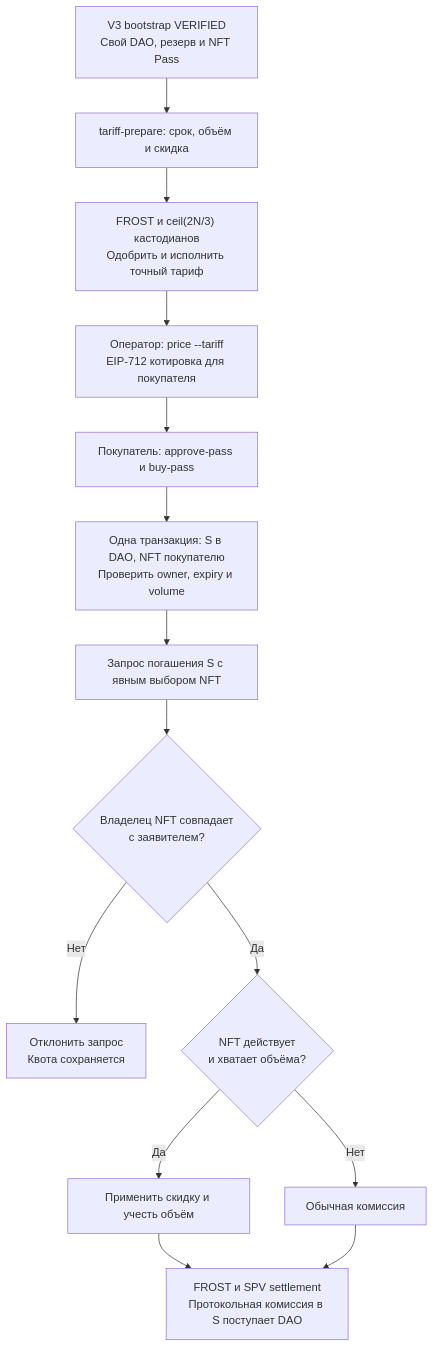
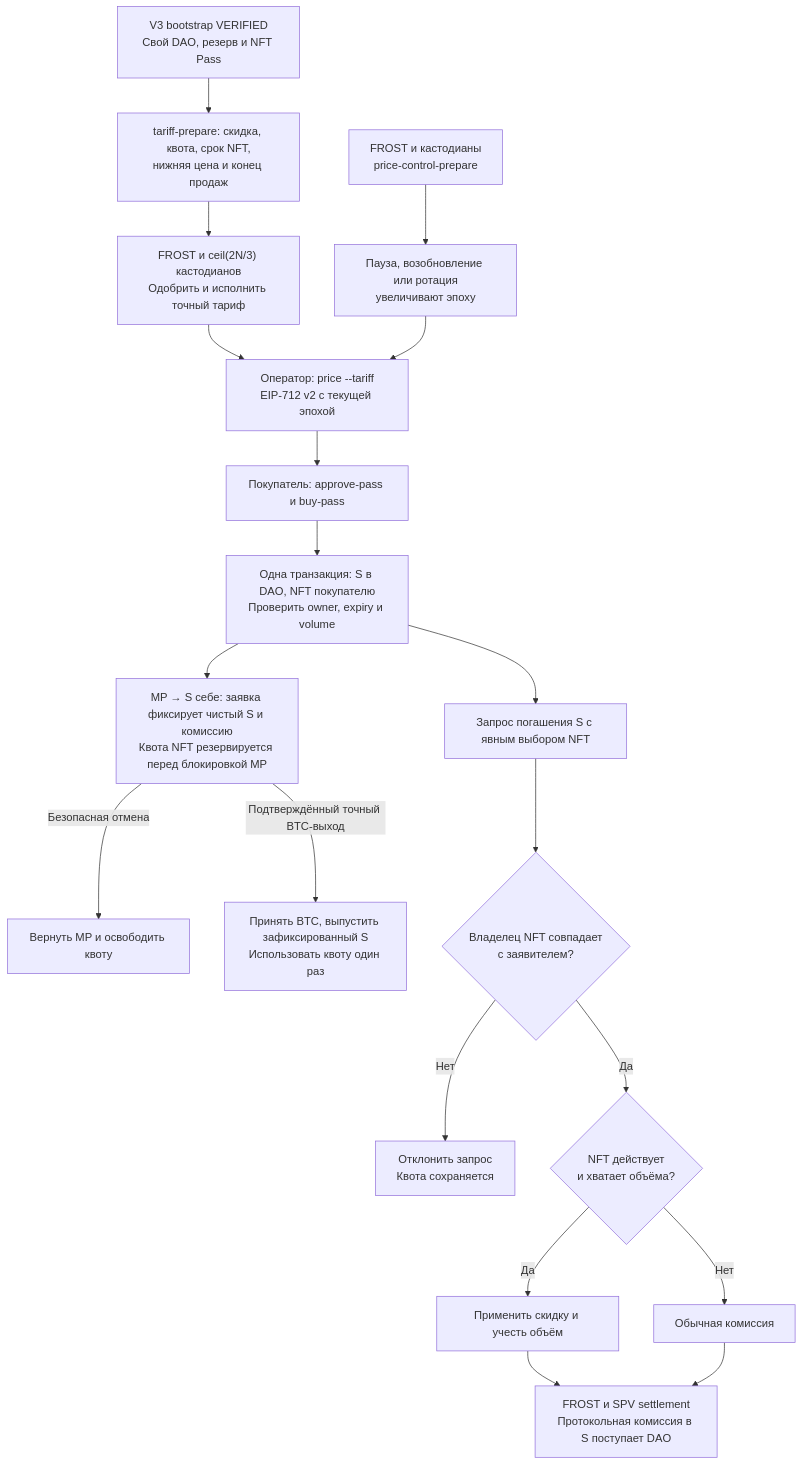
One commit to SergeyBelets/SatFiSetup changed the third of 5 diagrams in docs/CONFEDERATION_DAO_IN_KIND.md. Above: the diagram before and after it, drawn with Mermaid. The commit also changed other lines of this file and 364 other files, not shown here.

````diff
--- a/docs/CONFEDERATION_DAO_IN_KIND.md
+++ b/docs/CONFEDERATION_DAO_IN_KIND.md
@@ -282,18 +373,23 @@
 ```mermaid
 flowchart TD
     accTitle: Покупка NFT и проверка квоты в V3
-    accDescr: Тариф утверждают FROST и кастодианы. Оператор подписывает цену для покупателя, а контракт выдаёт NFT при фактическом зачислении S. При погашении S владелец может использовать свой NFT в пределах его квоты.
-    V["V3 bootstrap VERIFIED<br/>Свой DAO, резерв и NFT Pass"] --> T["tariff-prepare: срок, объём и скидка"]
+    accDescr: После покупки NFT владелец может зарезервировать его квоту для MP → S на свой адрес или использовать его при погашении S. Заявка переноса фиксирует комиссию до Bitcoin-подписания.
+    V["V3 bootstrap VERIFIED<br/>Свой DAO, резерв и NFT Pass"] --> T["tariff-prepare: скидка, квота, срок NFT,<br/>нижняя цена и конец продаж"]
     T --> A["FROST и ceil(2N/3) кастодианов<br/>Одобрить и исполнить точный тариф"]
-    A --> Q["Оператор: price --tariff<br/>EIP-712 котировка для покупателя"]
+    A --> Q["Оператор: price --tariff<br/>EIP-712 v2 с текущей эпохой"]
+    K["FROST и кастодианы<br/>price-control-prepare"] --> P["Пауза, возобновление или ротация<br/>увеличивают эпоху"]
+    P --> Q
     Q --> B["Покупатель: approve-pass и buy-pass"]
     B --> N["Одна транзакция: S в DAO, NFT покупателю<br/>Проверить owner, expiry и volume"]
+    N --> W["MP → S себе: заявка фиксирует чистый S и комиссию<br/>Квота NFT резервируется перед блокировкой MP"]
+    W -->|"Безопасная отмена"| Back["Вернуть MP и освободить квоту"]
+    W -->|"Подтверждённый точный BTC-выход"| Mint["Принять BTC, выпустить зафиксированный S<br/>Использовать квоту один раз"]
     N --> U["Запрос погашения S с явным выбором NFT"]
     U --> O{"Владелец NFT совпадает<br/>с заявителем?"}
     O -->|"Нет"| FAIL["Отклонить запрос<br/>Квота сохраняется"]
     O -->|"Да"| LIMIT{"NFT действует<br/>и хватает объёма?"}
     LIMIT -->|"Да"| D["Применить скидку и учесть объём"]
     LIMIT -->|"Нет"| BASE["Обычная комиссия"]
     D --> OUT["FROST и SPV settlement<br/>Протокольная комиссия в S поступает DAO"]
     BASE --> OUT
 ```
````
